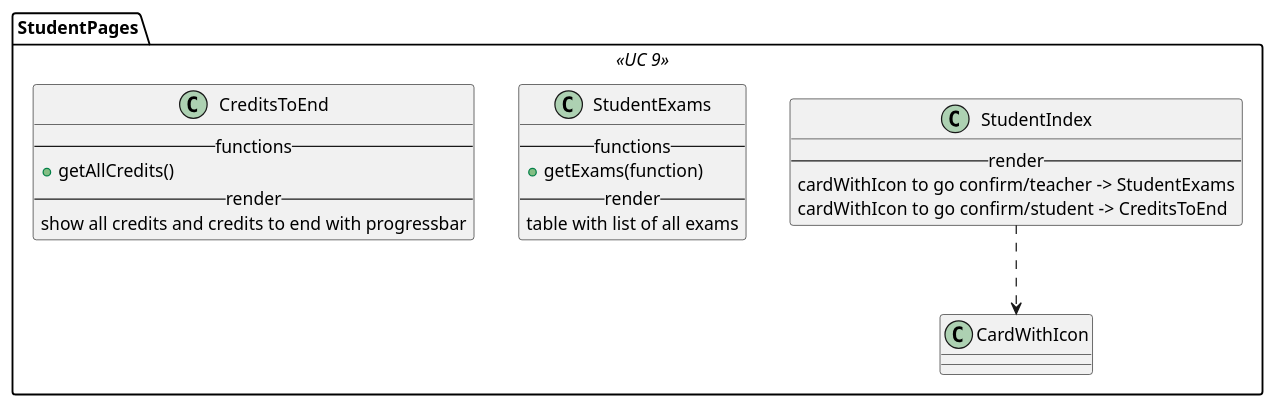
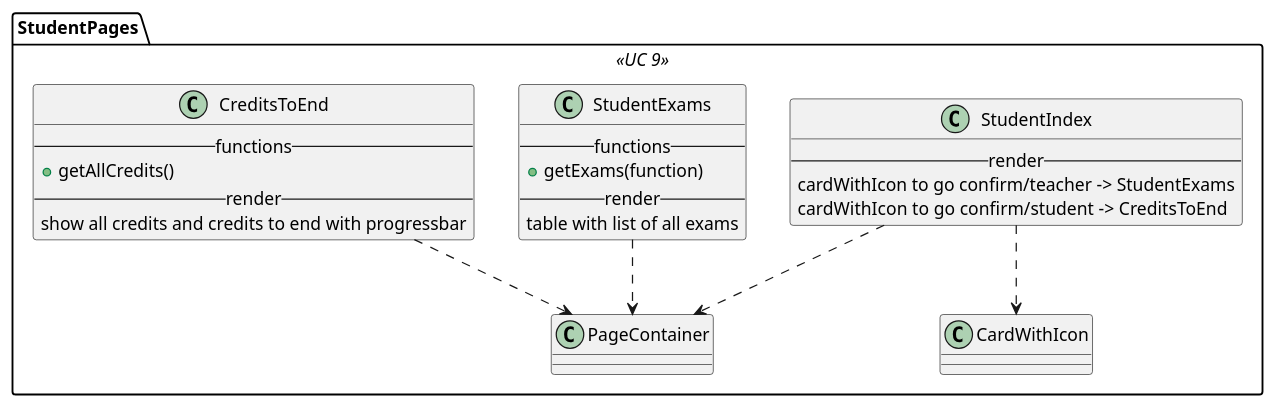
One commit to M9k/Marvin-Uml changed the diagram in react/student/index.iuml. Above: the diagram before and after it, drawn with PlantUML. The commit also changed 9 other files, not shown here.

Commit message:
Possibile proposta di UML per react

```diff
--- a/react/student/index.iuml
+++ b/react/student/index.iuml
@@ -1,24 +1,27 @@
 package StudentPages <<UC 9>> {
 
 class StudentIndex{
     --render--
         cardWithIcon to go confirm/teacher -> StudentExams
         cardWithIcon to go confirm/student -> CreditsToEnd
 }
 StudentIndex ..> CardWithIcon
+StudentIndex ..> PageContainer
 
 class StudentExams{
     --functions--
         + getExams(function)
     --render--
         table with list of all exams
 }
+StudentExams ..> PageContainer
 
 class CreditsToEnd{
     --functions--
         +getAllCredits()
     --render--
         show all credits and credits to end with progressbar
 }
+CreditsToEnd ..> PageContainer
 
 }
```
